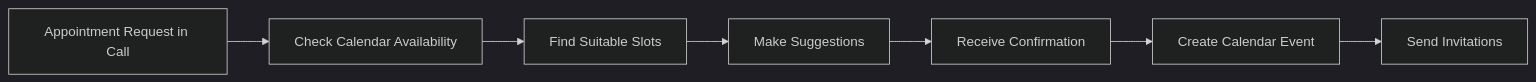
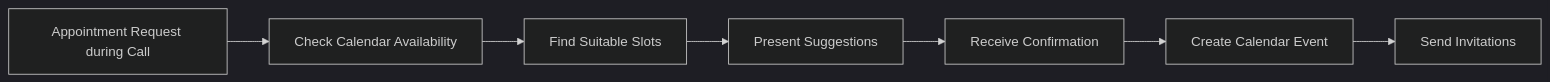
One commit to bekgroup/Famulor-docs-de changed the diagram in en/automation-platform/integrations/einzelintegrations/google-calendar.mdx. Above: the diagram before and after it, drawn with Mermaid (dark theme). The commit also changed other lines of this file and 16 other files, not shown here.

````diff
--- a/en/automation-platform/integrations/einzelintegrations/google-calendar.mdx
+++ b/en/automation-platform/integrations/einzelintegrations/google-calendar.mdx
@@ -34,9 +35,9 @@
 ```mermaid
 graph LR
-    A[Appointment Request in Call] --> B[Check Calendar Availability]
+    A[Appointment Request during Call] --> B[Check Calendar Availability]
     B --> C[Find Suitable Slots]
-    C --> D[Make Suggestions]
+    C --> D[Present Suggestions]
     D --> E[Receive Confirmation]
     E --> F[Create Calendar Event]
     F --> G[Send Invitations]
 ```
````
